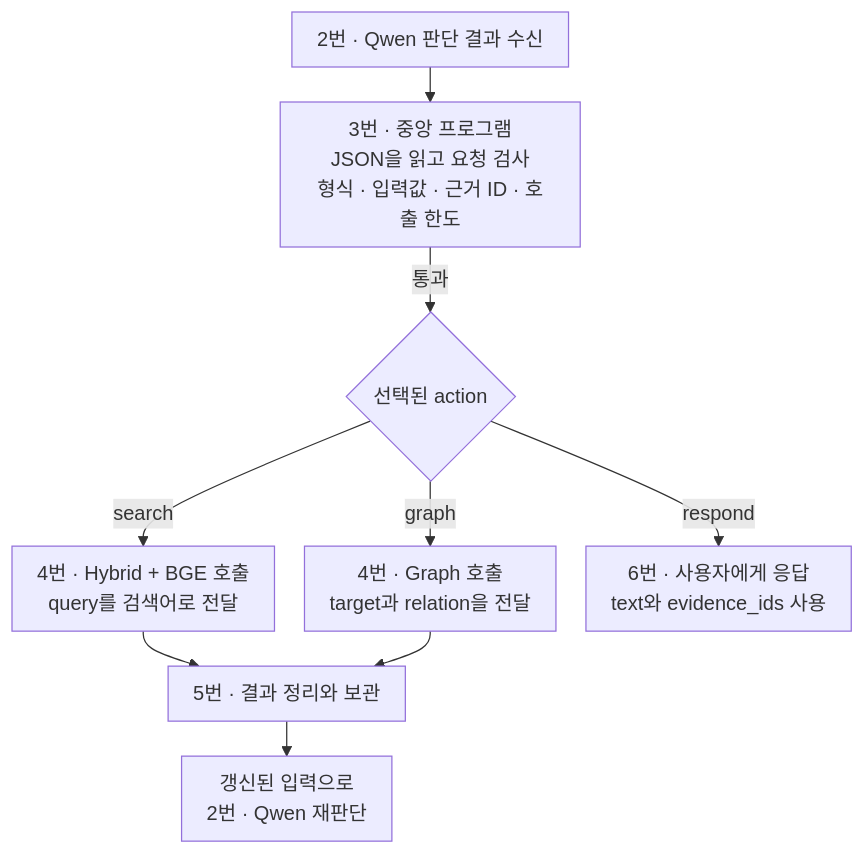
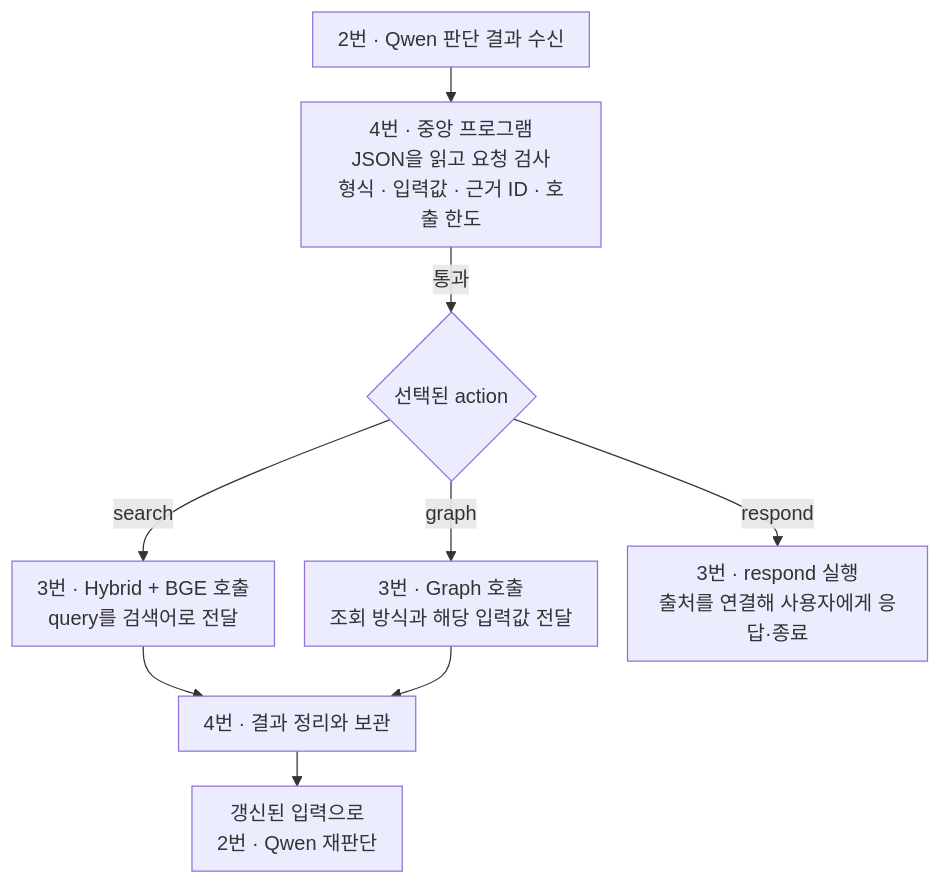
One commit to westiion/Civic-Link changed the second of 2 diagrams in week8/AGENT.md. Above: the diagram before and after it, drawn with Mermaid. The commit also changed other lines of this file and 25 other files, not shown here.

Commit message:
feat: implement graph evidence access and resumable agent comparisons

````diff
--- a/week8/AGENT.md
+++ b/week8/AGENT.md
@@ -136,20 +394,20 @@
 ```mermaid
 ---
 config:
   themeVariables:
     fontSize: "16px"
   flowchart:
     nodeSpacing: 24
     rankSpacing: 28
     padding: 10
 ---
 flowchart TD
-    Q["2번 · Qwen 판단 결과 수신"] --> V["3번 · 중앙 프로그램<br/>JSON을 읽고 요청 검사<br/>형식 · 입력값 · 근거 ID · 호출 한도"]
+    Q["2번 · Qwen 판단 결과 수신"] --> V["4번 · 중앙 프로그램<br/>JSON을 읽고 요청 검사<br/>형식 · 입력값 · 근거 ID · 호출 한도"]
     V -->|통과| A{"선택된 action"}
-    A -->|search| S["4번 · Hybrid + BGE 호출<br/>query를 검색어로 전달"]
-    A -->|graph| G["4번 · Graph 호출<br/>target과 relation을 전달"]
-    A -->|respond| F["6번 · 사용자에게 응답<br/>text와 evidence_ids 사용"]
-    S --> R["5번 · 결과 정리와 보관"]
+    A -->|search| S["3번 · Hybrid + BGE 호출<br/>query를 검색어로 전달"]
+    A -->|graph| G["3번 · Graph 호출<br/>조회 방식과 해당 입력값 전달"]
+    A -->|respond| F["3번 · respond 실행<br/>출처를 연결해 사용자에게 응답·종료"]
+    S --> R["4번 · 결과 정리와 보관"]
     G --> R
     R --> N["갱신된 입력으로<br/>2번 · Qwen 재판단"]
 ```
````
